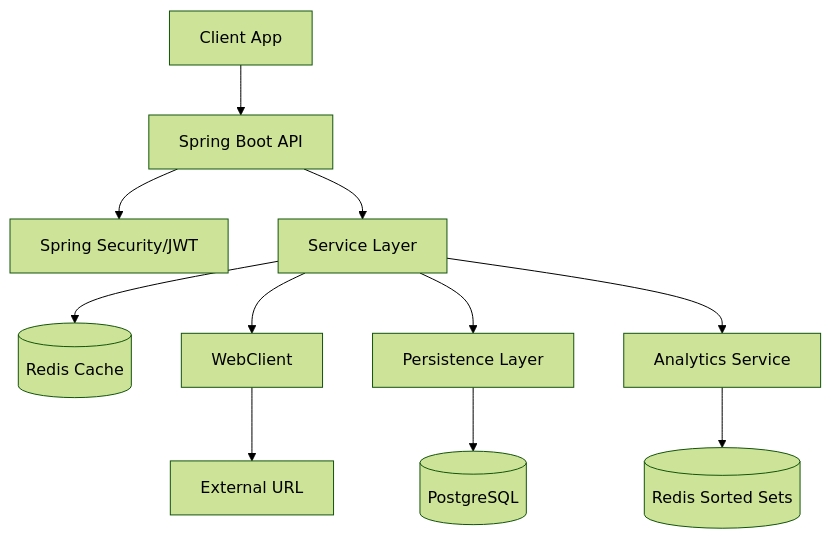
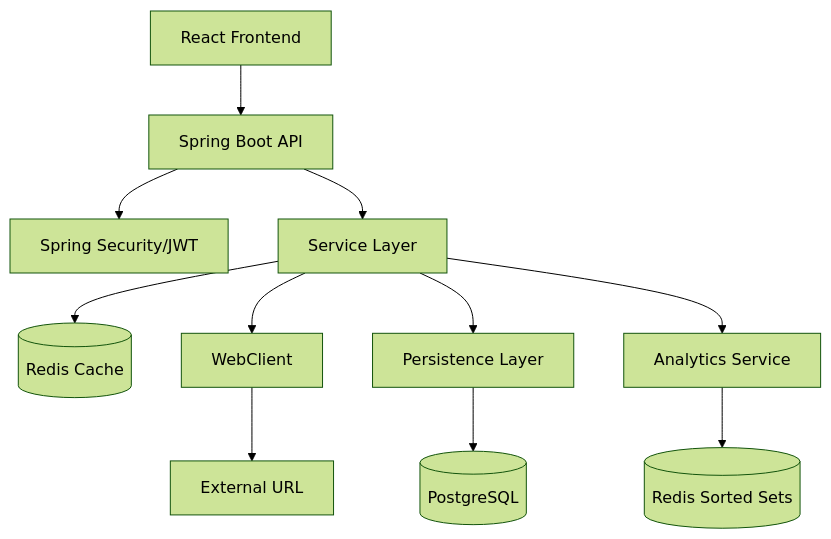
The diagram in README.md (modhtom/LinkGuard), drawn with Mermaid (forest theme) before and after one commit. The commit also changed other lines of this file and 29 other files, not shown here.

`````diff
--- a/README.md
+++ b/README.md
@@ -38,13 +39,13 @@
 ```mermaid
 graph TD
-    Client[Client App] --> API[Spring Boot API]
+    Client[React Frontend] --> API[Spring Boot API]
     API --> Security[Spring Security/JWT]
     API --> Service[Service Layer]
     Service --> RedisCache[(Redis Cache)]
     Service --> WebClient[WebClient]
     WebClient --> External[External URL]
     Service --> Persistence[Persistence Layer]
     Persistence --> PostgreSQL[(PostgreSQL)]
     Service --> Analytics[Analytics Service]
     Analytics --> RedisSortedSets[(Redis Sorted Sets)]
 ````
`````
